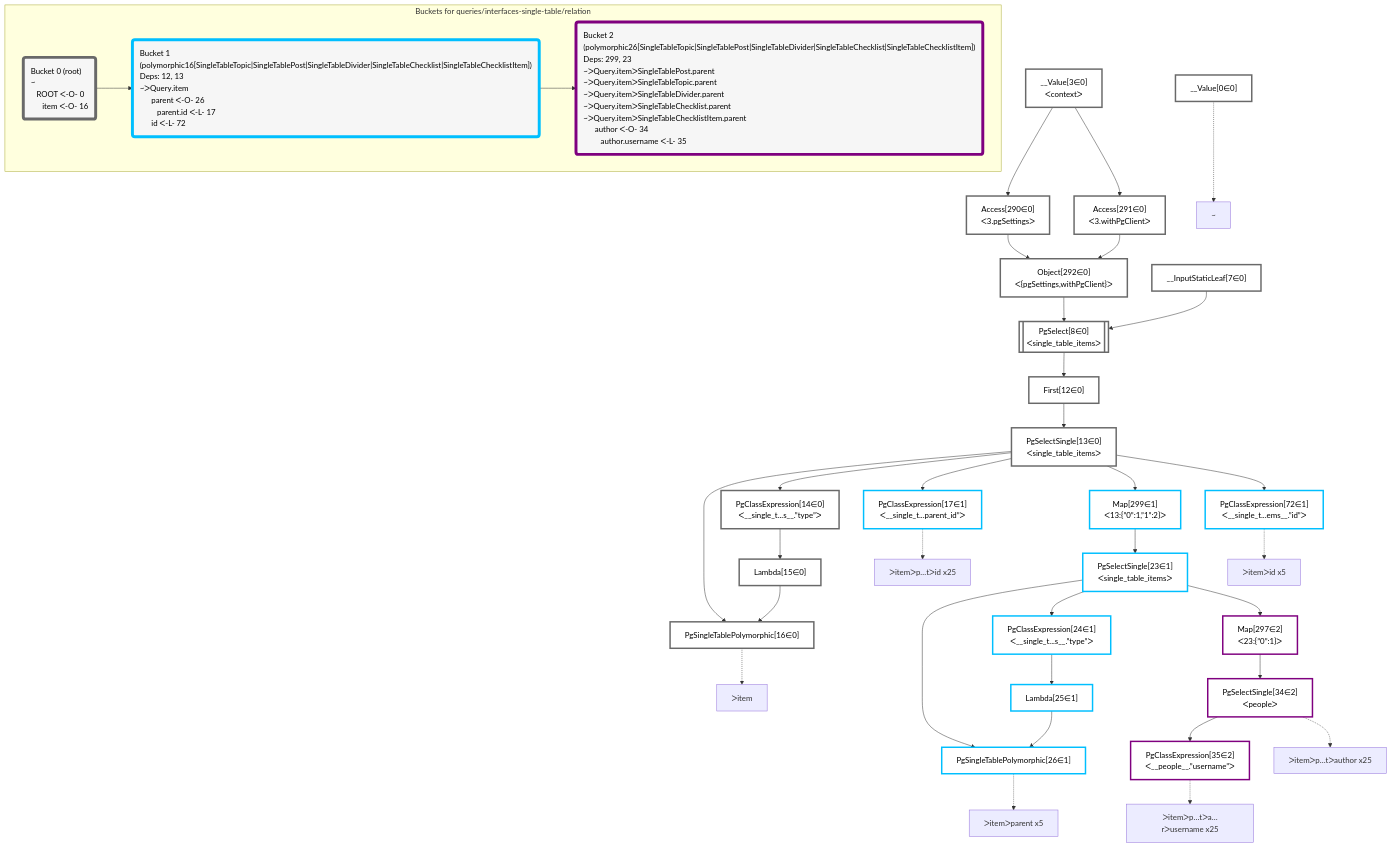
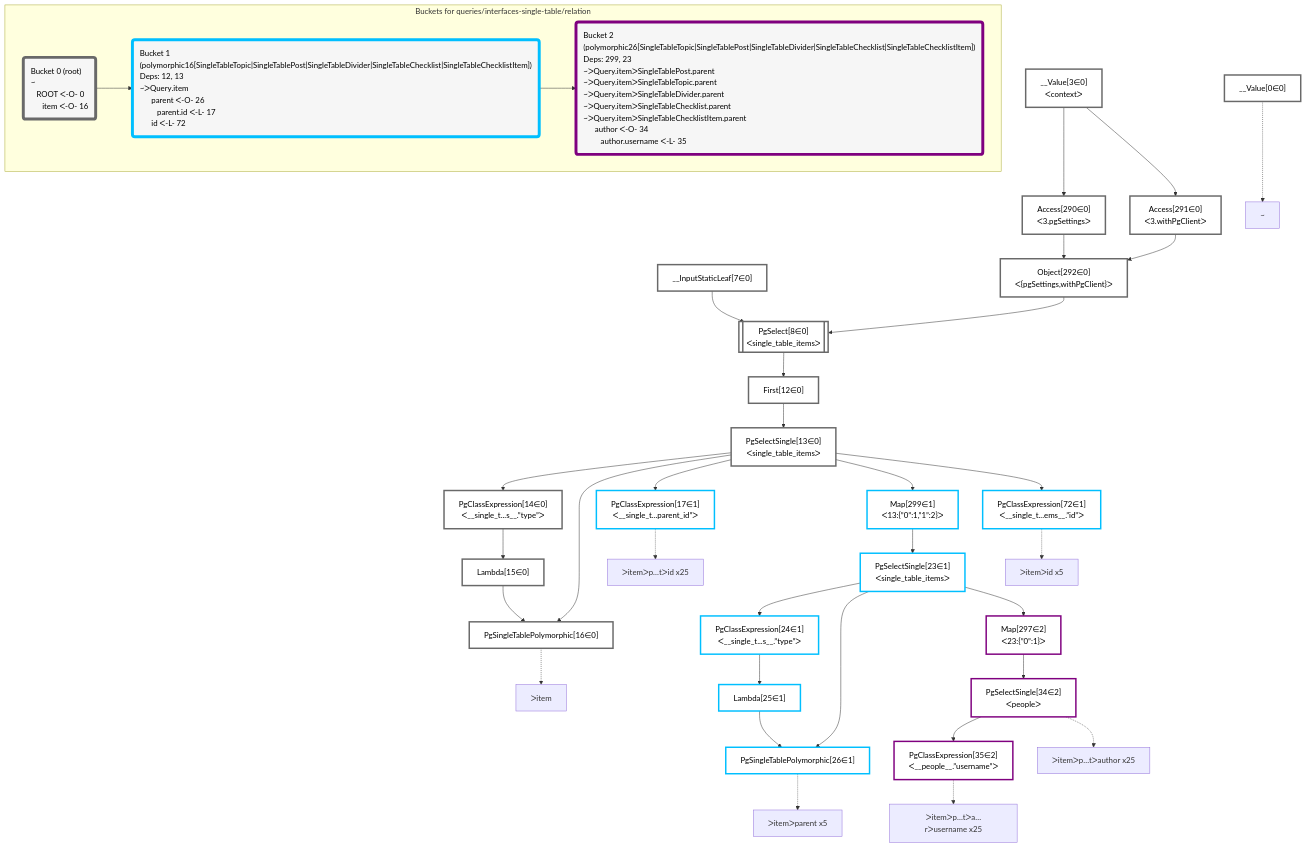
Before and after one commit to graphile/crystal: the diagram in packages/dataplan-pg/__tests__/queries/interfaces-single-table/relation.mermaid.md, drawn with Mermaid. The commit also changed other lines of this file and 195 other files, not shown here.

Commit message:
Reorder graphs

```diff
--- a/packages/dataplan-pg/__tests__/queries/interfaces-single-table/relation.mermaid.md
+++ b/packages/dataplan-pg/__tests__/queries/interfaces-single-table/relation.mermaid.md
@@ -9,48 +9,48 @@
 
     %% define plans
     __Value0["__Value[0∈0]"]:::plan
-    PgSingleTablePolymorphic16["PgSingleTablePolymorphic[16∈0]"]:::plan
-    Lambda15["Lambda[15∈0]"]:::plan
-    PgClassExpression14["PgClassExpression[14∈0]<br />ᐸ__single_t...s__.”type”ᐳ"]:::plan
-    PgClassExpression17["PgClassExpression[17∈1]<br />ᐸ__single_t...parent_id”ᐳ"]:::plan
-    PgSingleTablePolymorphic26["PgSingleTablePolymorphic[26∈1]"]:::plan
-    Lambda25["Lambda[25∈1]"]:::plan
-    PgClassExpression24["PgClassExpression[24∈1]<br />ᐸ__single_t...s__.”type”ᐳ"]:::plan
-    PgClassExpression35["PgClassExpression[35∈2]<br />ᐸ__people__.”username”ᐳ"]:::plan
-    PgSelectSingle34["PgSelectSingle[34∈2]<br />ᐸpeopleᐳ"]:::plan
-    Map297["Map[297∈2]<br />ᐸ23:{”0”:1}ᐳ"]:::plan
-    PgSelectSingle23["PgSelectSingle[23∈1]<br />ᐸsingle_table_itemsᐳ"]:::plan
-    Map299["Map[299∈1]<br />ᐸ13:{”0”:1,”1”:2}ᐳ"]:::plan
-    PgClassExpression72["PgClassExpression[72∈1]<br />ᐸ__single_t...ems__.”id”ᐳ"]:::plan
-    PgSelectSingle13["PgSelectSingle[13∈0]<br />ᐸsingle_table_itemsᐳ"]:::plan
-    First12["First[12∈0]"]:::plan
-    PgSelect8[["PgSelect[8∈0]<br />ᐸsingle_table_itemsᐳ"]]:::plan
-    Object292["Object[292∈0]<br />ᐸ{pgSettings,withPgClient}ᐳ"]:::plan
+    __Value3["__Value[3∈0]<br />ᐸcontextᐳ"]:::plan
+    __InputStaticLeaf7["__InputStaticLeaf[7∈0]"]:::plan
     Access290["Access[290∈0]<br />ᐸ3.pgSettingsᐳ"]:::plan
     Access291["Access[291∈0]<br />ᐸ3.withPgClientᐳ"]:::plan
-    __Value3["__Value[3∈0]<br />ᐸcontextᐳ"]:::plan
-    __InputStaticLeaf7["__InputStaticLeaf[7∈0]"]:::plan
+    Object292["Object[292∈0]<br />ᐸ{pgSettings,withPgClient}ᐳ"]:::plan
+    PgSelect8[["PgSelect[8∈0]<br />ᐸsingle_table_itemsᐳ"]]:::plan
+    First12["First[12∈0]"]:::plan
+    PgSelectSingle13["PgSelectSingle[13∈0]<br />ᐸsingle_table_itemsᐳ"]:::plan
+    PgClassExpression14["PgClassExpression[14∈0]<br />ᐸ__single_t...s__.”type”ᐳ"]:::plan
+    Lambda15["Lambda[15∈0]"]:::plan
+    PgSingleTablePolymorphic16["PgSingleTablePolymorphic[16∈0]"]:::plan
+    PgClassExpression17["PgClassExpression[17∈1]<br />ᐸ__single_t...parent_id”ᐳ"]:::plan
+    Map299["Map[299∈1]<br />ᐸ13:{”0”:1,”1”:2}ᐳ"]:::plan
+    PgSelectSingle23["PgSelectSingle[23∈1]<br />ᐸsingle_table_itemsᐳ"]:::plan
+    PgClassExpression24["PgClassExpression[24∈1]<br />ᐸ__single_t...s__.”type”ᐳ"]:::plan
+    Lambda25["Lambda[25∈1]"]:::plan
+    PgSingleTablePolymorphic26["PgSingleTablePolymorphic[26∈1]"]:::plan
+    Map297["Map[297∈2]<br />ᐸ23:{”0”:1}ᐳ"]:::plan
+    PgSelectSingle34["PgSelectSingle[34∈2]<br />ᐸpeopleᐳ"]:::plan
+    PgClassExpression35["PgClassExpression[35∈2]<br />ᐸ__people__.”username”ᐳ"]:::plan
+    PgClassExpression72["PgClassExpression[72∈1]<br />ᐸ__single_t...ems__.”id”ᐳ"]:::plan
 
     %% plan dependencies
-    Lambda15 & PgSelectSingle13 --> PgSingleTablePolymorphic16
-    PgClassExpression14 --> Lambda15
-    PgSelectSingle13 --> PgClassExpression14
-    PgSelectSingle13 --> PgClassExpression17
-    Lambda25 & PgSelectSingle23 --> PgSingleTablePolymorphic26
-    PgClassExpression24 --> Lambda25
-    PgSelectSingle23 --> PgClassExpression24
-    PgSelectSingle34 --> PgClassExpression35
-    Map297 --> PgSelectSingle34
-    PgSelectSingle23 --> Map297
-    Map299 --> PgSelectSingle23
-    PgSelectSingle13 --> Map299
-    PgSelectSingle13 --> PgClassExpression72
-    First12 --> PgSelectSingle13
-    PgSelect8 --> First12
-    Object292 & __InputStaticLeaf7 --> PgSelect8
-    Access290 & Access291 --> Object292
     __Value3 --> Access290
     __Value3 --> Access291
+    Access290 & Access291 --> Object292
+    Object292 & __InputStaticLeaf7 --> PgSelect8
+    PgSelect8 --> First12
+    First12 --> PgSelectSingle13
+    PgSelectSingle13 --> PgClassExpression14
+    PgClassExpression14 --> Lambda15
+    Lambda15 & PgSelectSingle13 --> PgSingleTablePolymorphic16
+    PgSelectSingle13 --> PgClassExpression17
+    PgSelectSingle13 --> Map299
+    Map299 --> PgSelectSingle23
+    PgSelectSingle23 --> PgClassExpression24
+    PgClassExpression24 --> Lambda25
+    Lambda25 & PgSelectSingle23 --> PgSingleTablePolymorphic26
+    PgSelectSingle23 --> Map297
+    Map297 --> PgSelectSingle34
+    PgSelectSingle34 --> PgClassExpression35
+    PgSelectSingle13 --> PgClassExpression72
 
     %% plan-to-path relationships
     P0["~"]
```
